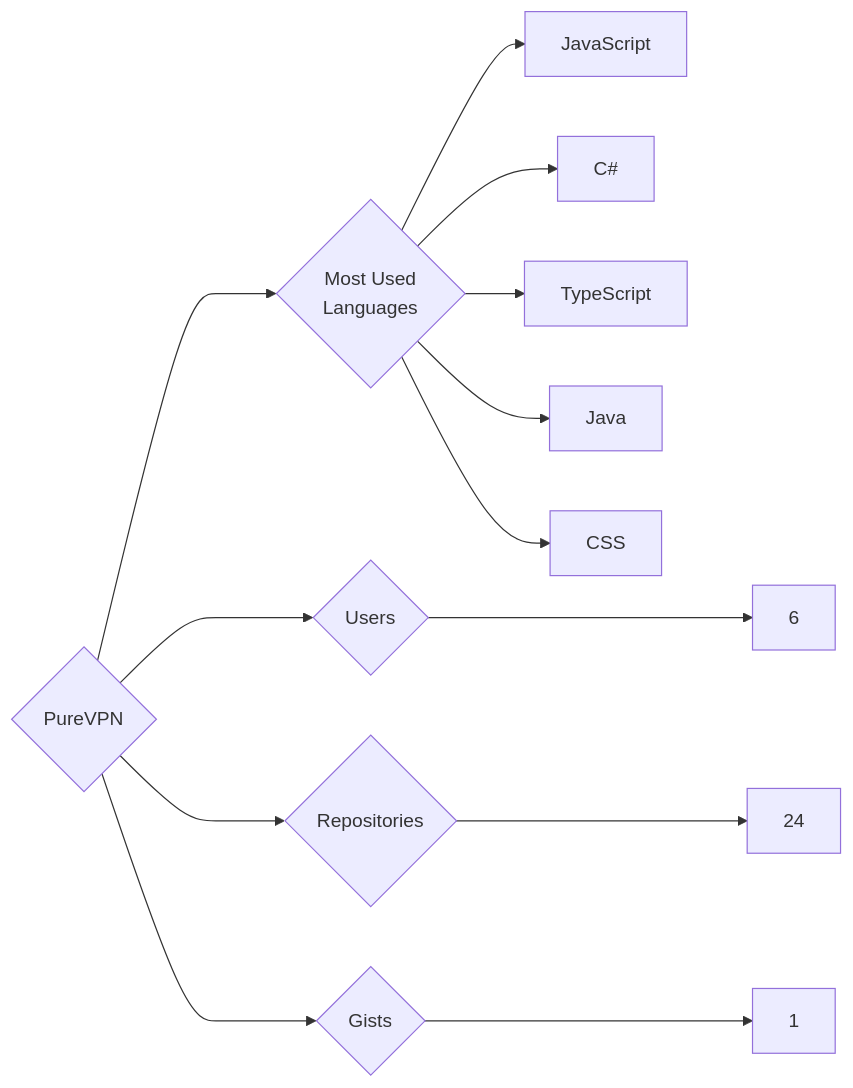
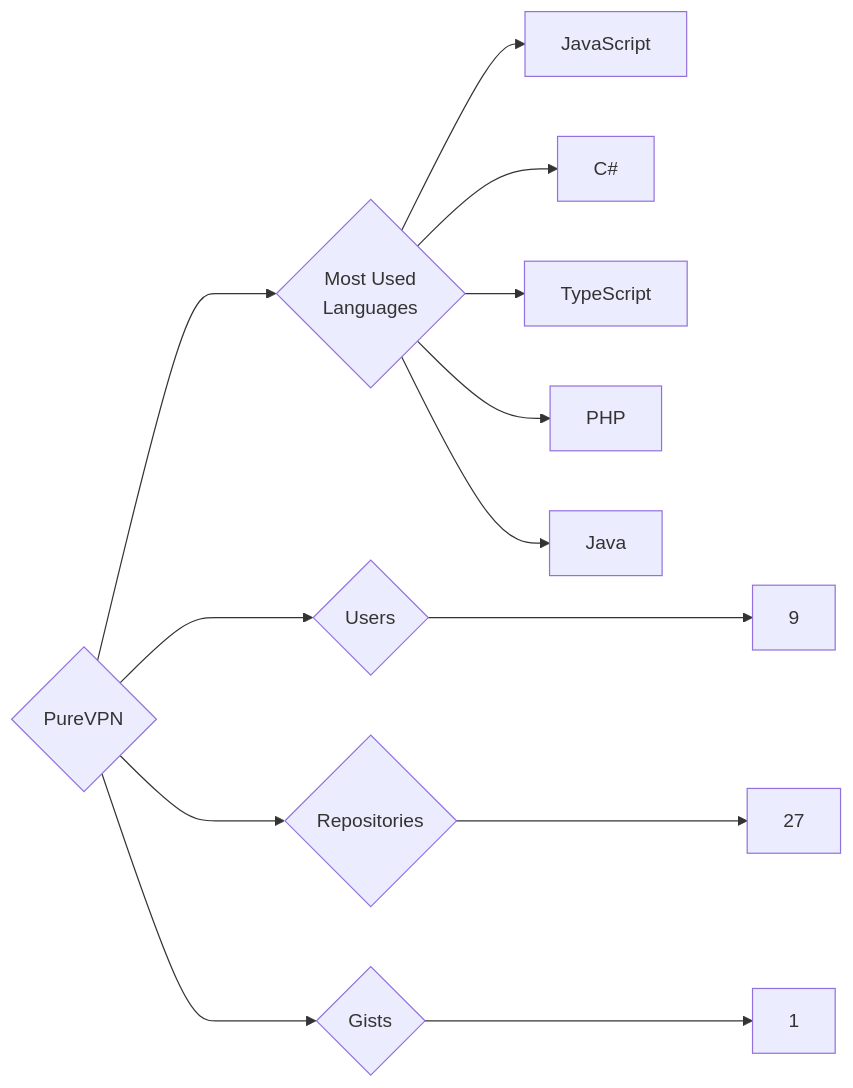
One commit to trickest/insiders changed the diagram in targets/PureVPN/README.md. Above: the diagram before and after it, drawn with Mermaid. The commit also changed 814 other files, not shown here.

````diff
--- a/targets/PureVPN/README.md
+++ b/targets/PureVPN/README.md
@@ -3,13 +3,13 @@
 ```mermaid
 graph LR
 COMPANY_NAME{PureVPN}
-COMPANY_NAME ---> U{Users} ---> UN[6]
-COMPANY_NAME ---> R{Repositories} ---> RN[24]
+COMPANY_NAME ---> U{Users} ---> UN[9]
+COMPANY_NAME ---> R{Repositories} ---> RN[27]
 COMPANY_NAME ---> G{Gists} ---> GN[1]
 COMPANY_NAME ---> ML{Most Used<br>Languages}
 ML --> JavaScript[JavaScript]
 ML --> C#[C#]
 ML --> TypeScript[TypeScript]
+ML --> PHP[PHP]
 ML --> Java[Java]
-ML --> CSS[CSS]
 ```
````
